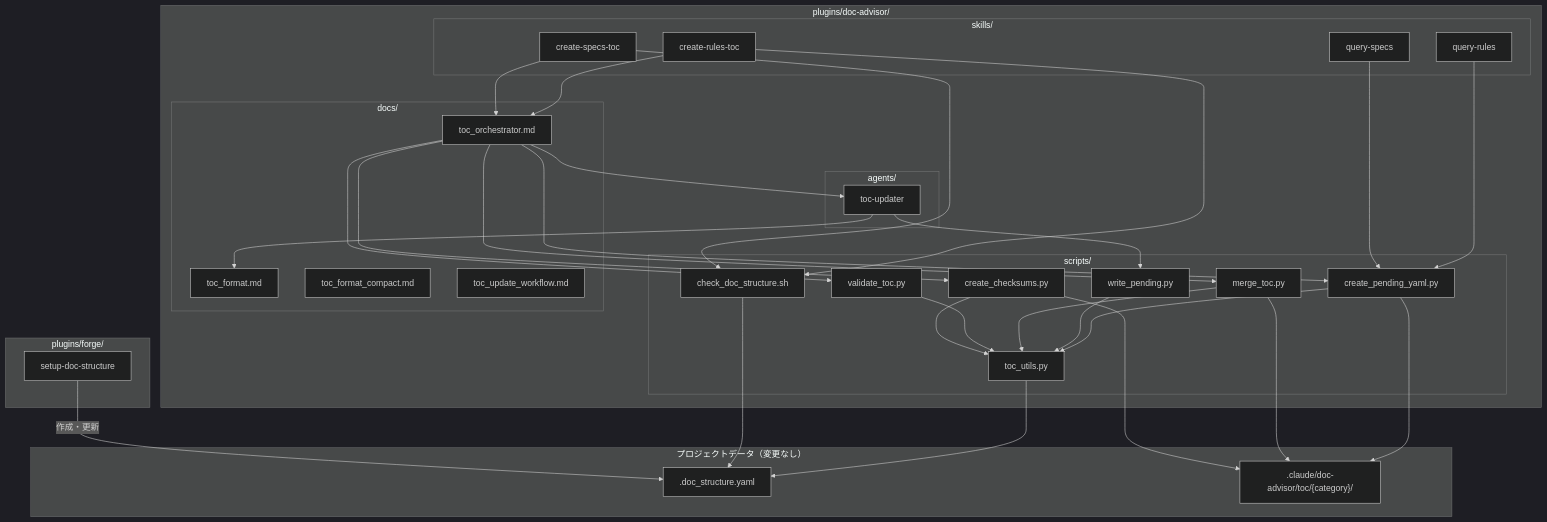
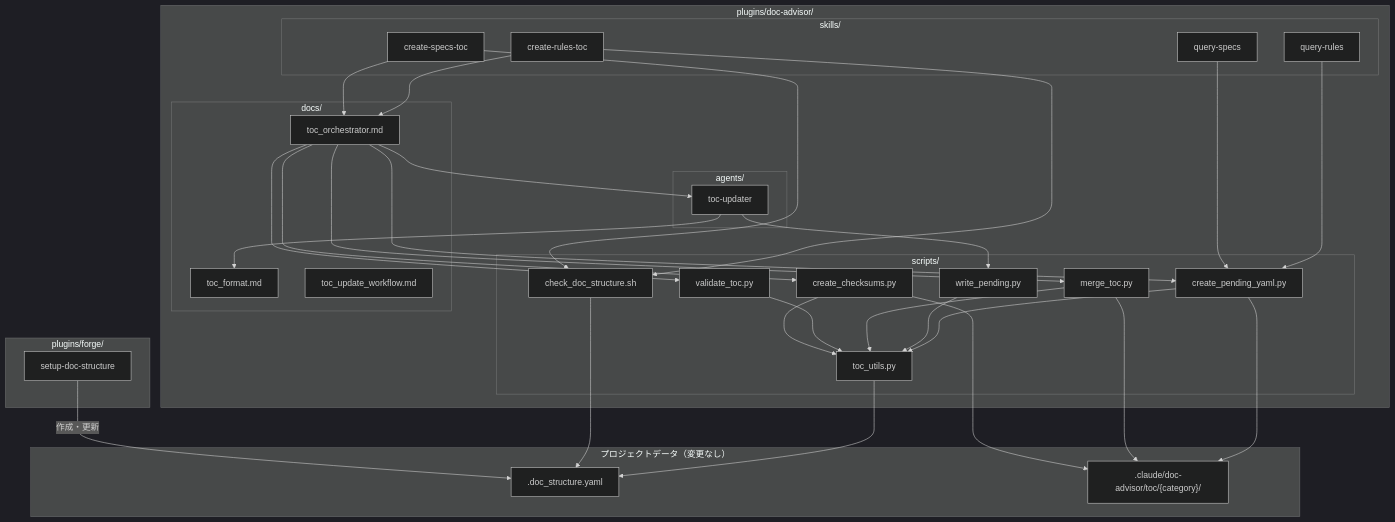
Before and after one commit to BlueEventHorizon/bw-cc-plugins: the first of 3 diagrams in docs/specs/doc-advisor/design/DES-001_plugin_migration_design.md, drawn with Mermaid (dark theme). The commit also changed other lines of this file and 10 other files, not shown here.

````diff
--- a/docs/specs/doc-advisor/design/DES-001_plugin_migration_design.md
+++ b/docs/specs/doc-advisor/design/DES-001_plugin_migration_design.md
@@ -100,63 +99,62 @@
 ```mermaid
 flowchart TB
     subgraph Plugin["plugins/doc-advisor/"]
         subgraph Skills["skills/"]
             CRT[create-rules-toc]
             CST[create-specs-toc]
             QR[query-rules]
             QS[query-specs]
         end
         subgraph Agents["agents/"]
             TU[toc-updater]
         end
         subgraph Scripts["scripts/"]
             UTILS[toc_utils.py]
             CPY[create_pending_yaml.py]
             WP[write_pending.py]
             MT[merge_toc.py]
             VT[validate_toc.py]
             CC[create_checksums.py]
             CDS[check_doc_structure.sh]
         end
         subgraph Docs["docs/"]
             TF[toc_format.md]
-            TFC[toc_format_compact.md]
             TO[toc_orchestrator.md]
             TUW[toc_update_workflow.md]
         end
     end
 
     subgraph ProjectData["プロジェクトデータ（変更なし）"]
         DS[.doc_structure.yaml]
         TOC[".claude/doc-advisor/toc/{category}/"]
     end
 
     subgraph Forge["plugins/forge/"]
         SDS[setup-doc-structure]
     end
 
     CRT --> TO
     CST --> TO
     CRT --> CDS
     CST --> CDS
     QR --> CPY
     QS --> CPY
     TO --> CPY
     TO --> TU
     TO --> MT
     TO --> VT
     TO --> CC
     TU --> WP
     TU --> TF
     CPY --> UTILS
     WP --> UTILS
     MT --> UTILS
     VT --> UTILS
     CC --> UTILS
     UTILS --> DS
     CDS --> DS
     SDS -->|作成・更新| DS
     CPY --> TOC
     MT --> TOC
     CC --> TOC
 ```
````
